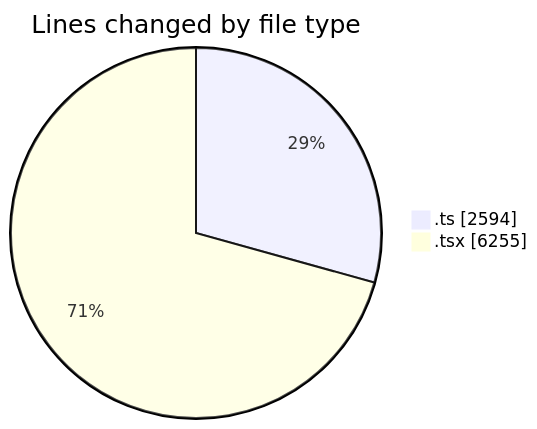
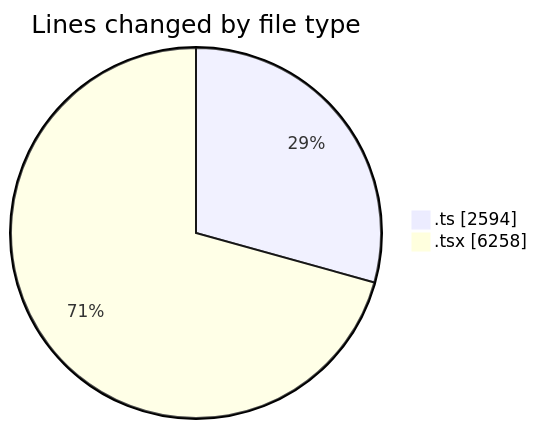
One commit to momahboobian/code-tracking changed the first of 2 diagrams in 2025-07-01/cda/README.md. Above: the diagram before and after it, drawn with Mermaid. The commit also changed other lines of this file and 1 other file, not shown here.

````diff
--- a/2025-07-01/cda/README.md
+++ b/2025-07-01/cda/README.md
@@ -44,6 +44,6 @@
 ```mermaid
 pie showData
 title Lines changed by file type
 ".ts" : 2594
-".tsx" : 6255
+".tsx" : 6258
 ```
````
